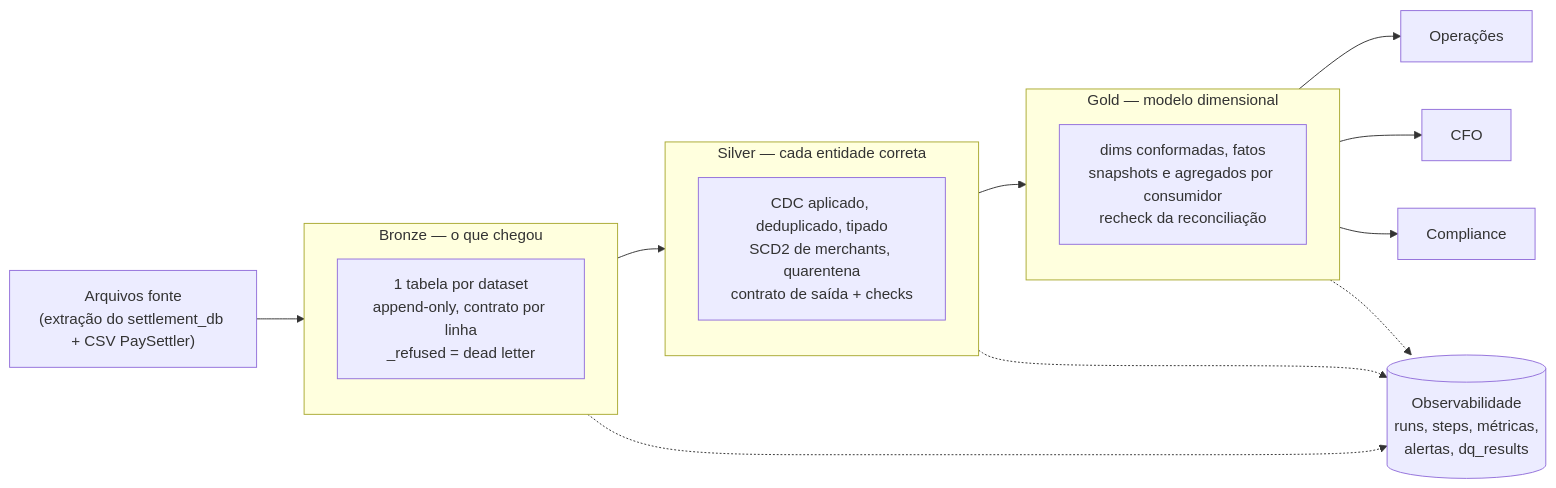
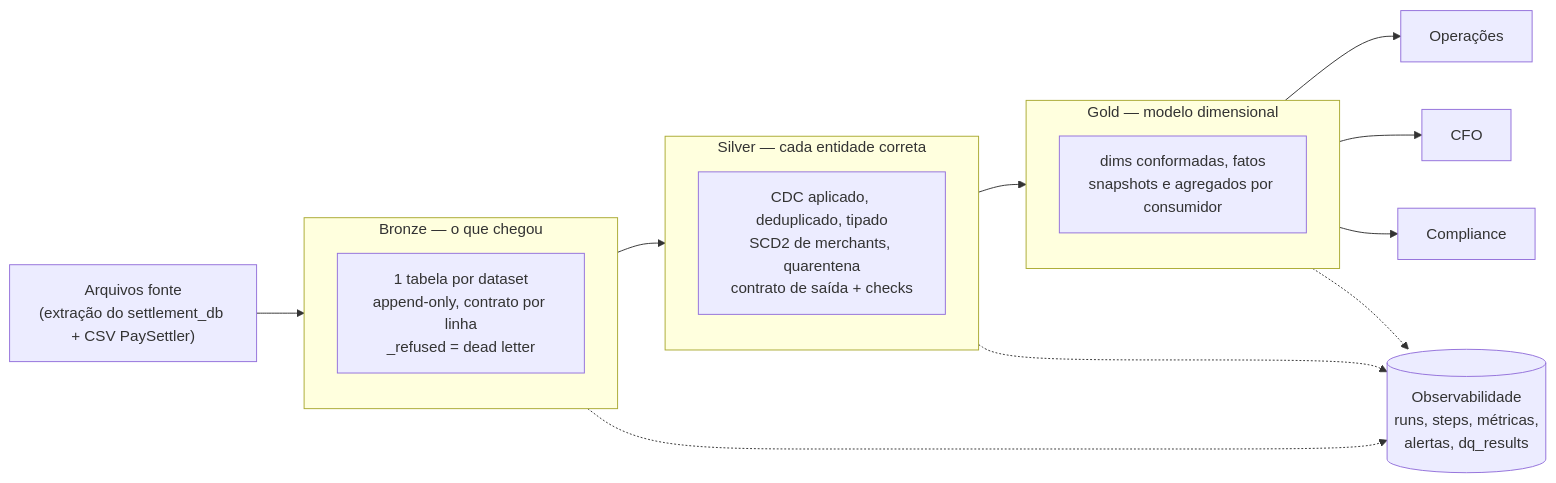
The diagram in README.md (GabriellRodrigues/data-engineer-challenge), drawn with Mermaid before and after one commit. The commit also changed other lines of this file and 14 other files, not shown here.

````diff
--- a/README.md
+++ b/README.md
@@ -296,22 +296,22 @@
 ```mermaid
 flowchart LR
     src["Arquivos fonte<br/>(extração do settlement_db + CSV PaySettler)"] --> bronze
     subgraph bronze["Bronze — o que chegou"]
       b1["1 tabela por dataset<br/>append-only, contrato por linha<br/>_refused = dead letter"]
     end
     bronze --> silver
     subgraph silver["Silver — cada entidade correta"]
       s1["CDC aplicado, deduplicado, tipado<br/>SCD2 de merchants, quarentena<br/>contrato de saída + checks"]
     end
     silver --> gold
     subgraph gold["Gold — modelo dimensional"]
-      g1["dims conformadas, fatos<br/>snapshots e agregados por consumidor<br/>recheck da reconciliação"]
+      g1["dims conformadas, fatos<br/>snapshots e agregados por consumidor"]
     end
     gold --> ops["Operações"]
     gold --> cfo["CFO"]
     gold --> comp["Compliance"]
     obs[("Observabilidade<br/>runs, steps, métricas,<br/>alertas, dq_results")]
     bronze -.-> obs
     silver -.-> obs
     gold -.-> obs
 ```
````
